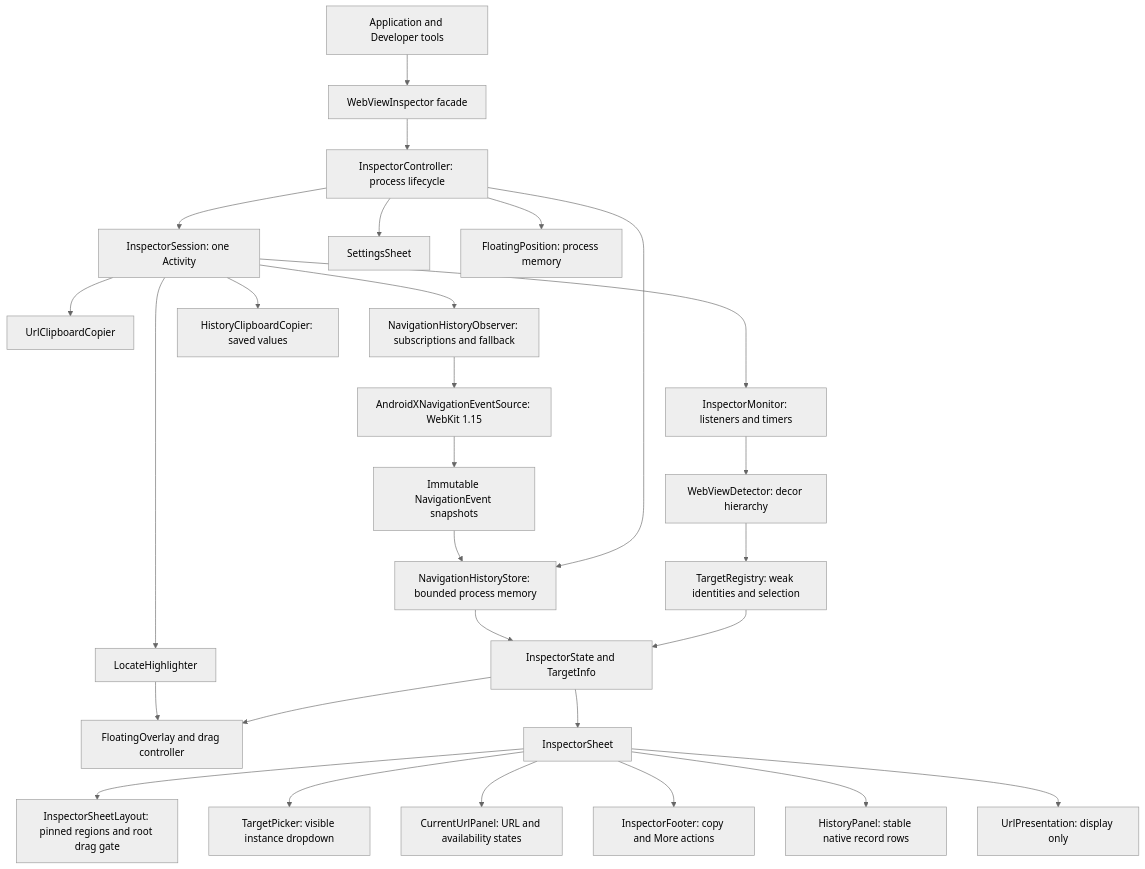
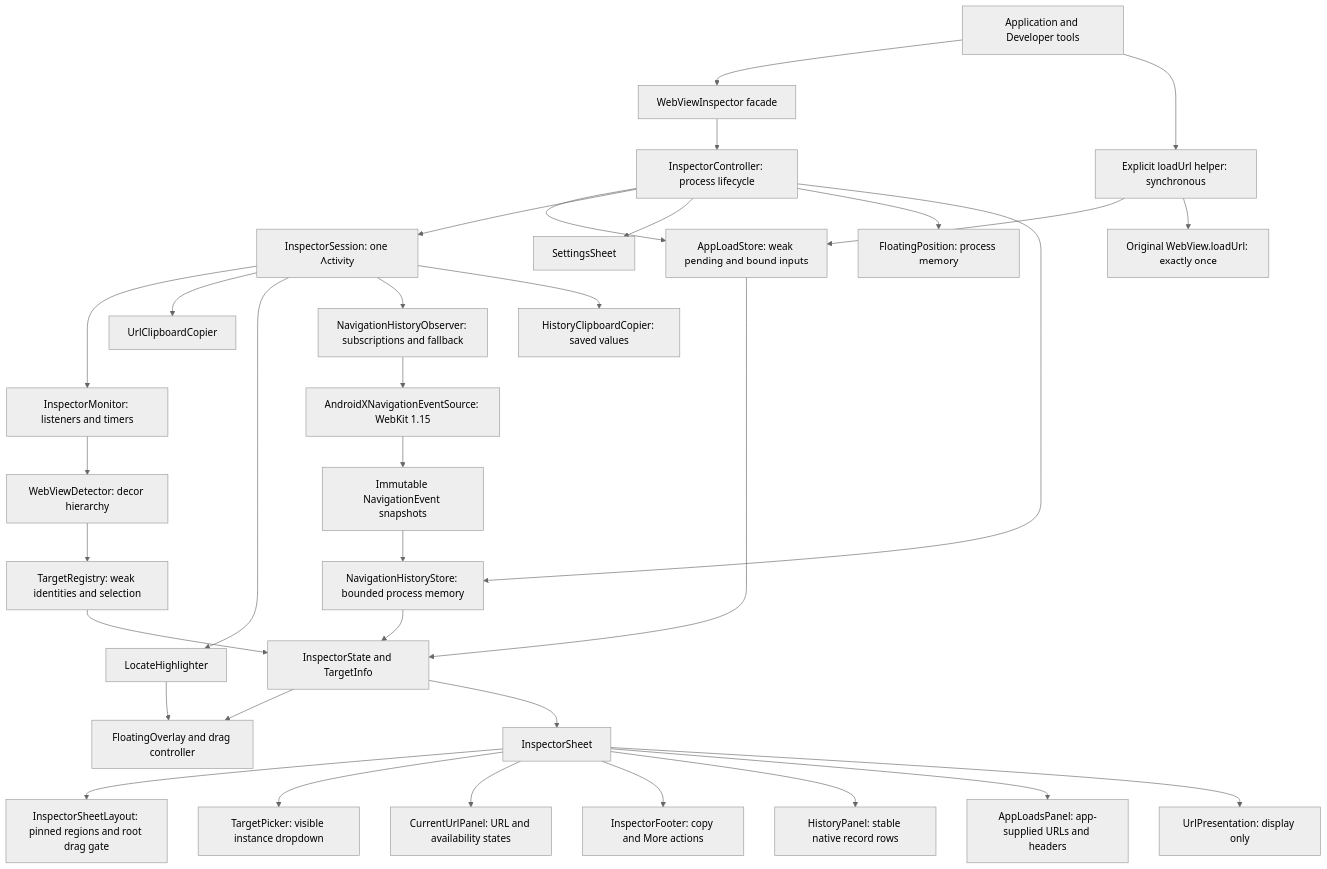
The first of 5 diagrams in webview-inspector/docs/ARCHITECTURE.md (chinmaydash007/WebViewInspector), drawn with Mermaid (neutral theme) before and after one commit. The commit also changed other lines of this file and 38 other files, not shown here.

Commit message:
Add Basic and Advanced WebView inspection for 0.3.0

````diff
--- a/webview-inspector/docs/ARCHITECTURE.md
+++ b/webview-inspector/docs/ARCHITECTURE.md
@@ -7,30 +7,36 @@
 ```mermaid
 flowchart TD
     App["Application and Developer tools"] --> API["WebViewInspector facade"]
     API --> Controller["InspectorController: process lifecycle"]
+    App --> LoadHelper["Explicit loadUrl helper: synchronous"]
+    LoadHelper --> CaptureStore["AppLoadStore: weak pending and bound inputs"]
+    LoadHelper --> WebView["Original WebView.loadUrl: exactly once"]
+    Controller --> CaptureStore
     Controller --> Session["InspectorSession: one Activity"]
     Controller --> Settings["SettingsSheet"]
     Controller --> Position["FloatingPosition: process memory"]
     Controller --> HistoryStore["NavigationHistoryStore: bounded process memory"]
     Session --> Monitor["InspectorMonitor: listeners and timers"]
     Monitor --> Detector["WebViewDetector: decor hierarchy"]
     Detector --> Registry["TargetRegistry: weak identities and selection"]
     Registry --> Snapshot["InspectorState and TargetInfo"]
     Snapshot --> Floating["FloatingOverlay and drag controller"]
     Snapshot --> Sheet["InspectorSheet"]
     Session --> Copier["UrlClipboardCopier"]
     Session --> Locate["LocateHighlighter"]
     Session --> Observer["NavigationHistoryObserver: subscriptions and fallback"]
     Observer --> Adapter["AndroidXNavigationEventSource: WebKit 1.15"]
     Adapter --> Events["Immutable NavigationEvent snapshots"]
     Events --> HistoryStore
     HistoryStore --> Snapshot
     Sheet --> Layout["InspectorSheetLayout: pinned regions and root drag gate"]
     Sheet --> Picker["TargetPicker: visible instance dropdown"]
     Sheet --> Current["CurrentUrlPanel: URL and availability states"]
     Sheet --> Footer["InspectorFooter: copy and More actions"]
     Sheet --> HistoryPanel["HistoryPanel: stable native record rows"]
+    CaptureStore --> Snapshot
+    Sheet --> LoadsPanel["AppLoadsPanel: app-supplied URLs and headers"]
     Session --> HistoryCopy["HistoryClipboardCopier: saved values"]
     Locate --> Floating
     Sheet --> Presentation["UrlPresentation: display only"]
 ```
````
